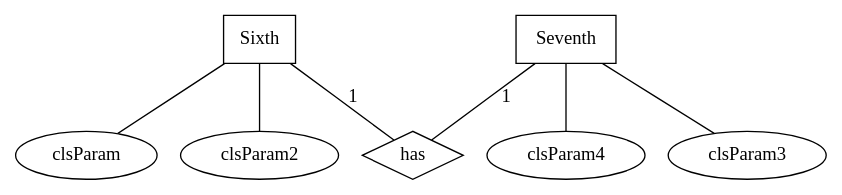
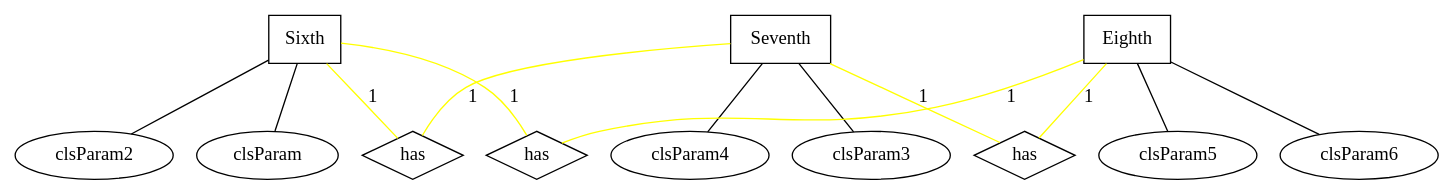
One commit to guchengxi1994/dev-tool-for-python changed the diagram in drawing.gv. Above: the diagram before and after it, drawn with Graphviz. The commit also changed 7 other files, not shown here.

Commit message:
complex E-R diagram

```diff
--- a/drawing.gv
+++ b/drawing.gv
@@ -1,15 +1,27 @@
+// balabombka
 digraph {
-	entity0 [label=Sixth shape=rectangle]
-	attr_0_0 [label=clsParam shape=ellipse]
-	attr_0_1 [label=clsParam2 shape=ellipse]
-	entity0 -> attr_0_0 [arrowhead=none]
-	entity0 -> attr_0_1 [arrowhead=none]
-	entity1 [label=Seventh shape=rectangle]
-	attr_1_0 [label=clsParam4 shape=ellipse]
-	attr_1_1 [label=clsParam3 shape=ellipse]
+	entity1 [label=Sixth shape=rectangle]
+	attr_1_0 [label=clsParam2 shape=ellipse]
+	attr_1_1 [label=clsParam shape=ellipse]
 	entity1 -> attr_1_0 [arrowhead=none]
 	entity1 -> attr_1_1 [arrowhead=none]
-	relation [label=has shape=diamond]
-	entity0 -> relation [label=1 arrowhead=none]
-	entity1 -> relation [label=1 arrowhead=none]
+	entity2 [label=Seventh shape=rectangle]
+	attr_2_0 [label=clsParam4 shape=ellipse]
+	attr_2_1 [label=clsParam3 shape=ellipse]
+	entity2 -> attr_2_0 [arrowhead=none]
+	entity2 -> attr_2_1 [arrowhead=none]
+	relation1 [label=has shape=diamond]
+	entity1 -> relation1 [label=1 arrowhead=none color=yellow]
+	entity2 -> relation1 [label=1 arrowhead=none color=yellow]
+	entity3 [label=Eighth shape=rectangle]
+	attr_3_0 [label=clsParam5 shape=ellipse]
+	attr_3_1 [label=clsParam6 shape=ellipse]
+	entity3 -> attr_3_0 [arrowhead=none]
+	entity3 -> attr_3_1 [arrowhead=none]
+	relation2 [label=has shape=diamond]
+	entity2 -> relation2 [label=1 arrowhead=none color=yellow]
+	entity3 -> relation2 [label=1 arrowhead=none color=yellow]
+	relation3 [label=has shape=diamond]
+	entity1 -> relation3 [label=1 arrowhead=none color=yellow]
+	entity3 -> relation3 [label=1 arrowhead=none color=yellow]
 }
```
